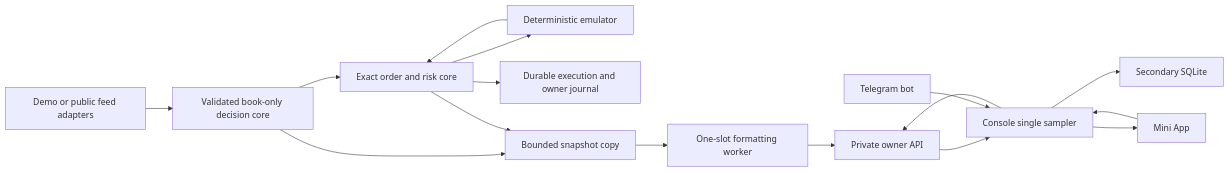
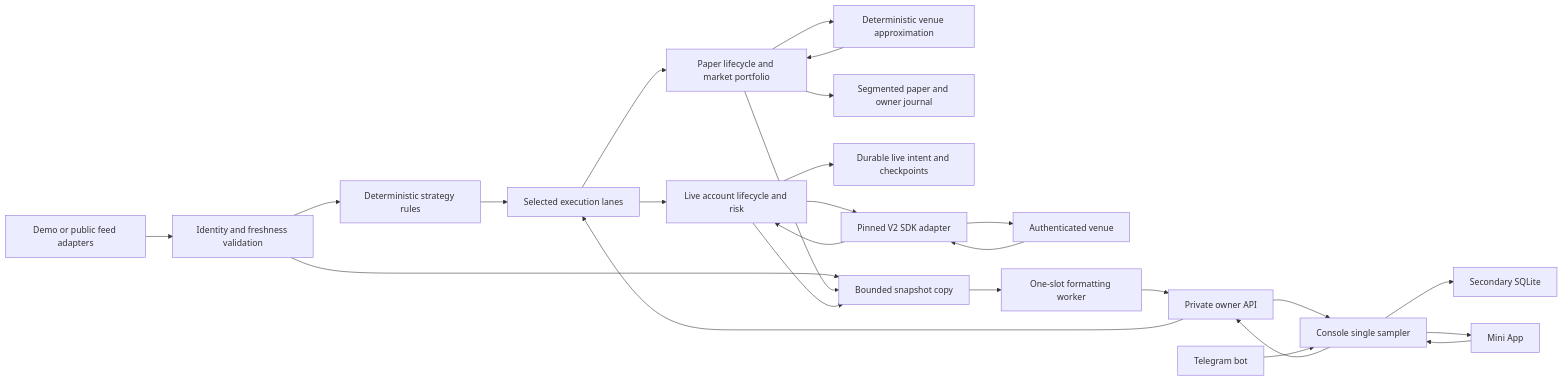
One commit to yurycooliq/mm2 changed the diagram in docs/ARCHITECTURE.md. Above: the diagram before and after it, drawn with Mermaid. The commit also changed other lines of this file and 69 other files, not shown here.

````diff
--- a/docs/ARCHITECTURE.md
+++ b/docs/ARCHITECTURE.md
@@ -3,18 +3,28 @@
 ```mermaid
 flowchart LR
-  F[Demo or public feed adapters] --> C[Validated book-only decision core]
-  C --> E[Exact order and risk core]
-  E --> M[Deterministic emulator]
-  M --> E
-  E --> J[Durable execution and owner journal]
+  F[Demo or public feed adapters] --> C[Identity and freshness validation]
+  C --> R[Deterministic strategy rules]
+  R --> X[Selected execution lanes]
+  X --> P[Paper lifecycle and market portfolio]
+  P --> M[Deterministic venue approximation]
+  M --> P
+  P --> J[Segmented paper and owner journal]
+  X --> L[Live account lifecycle and risk]
+  L --> LJ[Durable live intent and checkpoints]
+  L --> SDK[Pinned V2 SDK adapter]
+  SDK --> V[Authenticated venue]
+  V --> SDK
+  SDK --> L
   C --> S[Bounded snapshot copy]
-  E --> S
+  P --> S
+  L --> S
   S --> W[One-slot formatting worker]
   W --> A[Private owner API]
-  A --> P[Console single sampler]
-  P --> D[Secondary SQLite]
-  P --> U[Mini App]
-  T[Telegram bot] --> P
-  U --> P
-  P --> A
+  A --> O[Console single sampler]
+  O --> D[Secondary SQLite]
+  O --> U[Mini App]
+  T[Telegram bot] --> O
+  U --> O
+  O --> A
+  A --> X
 ```
````
